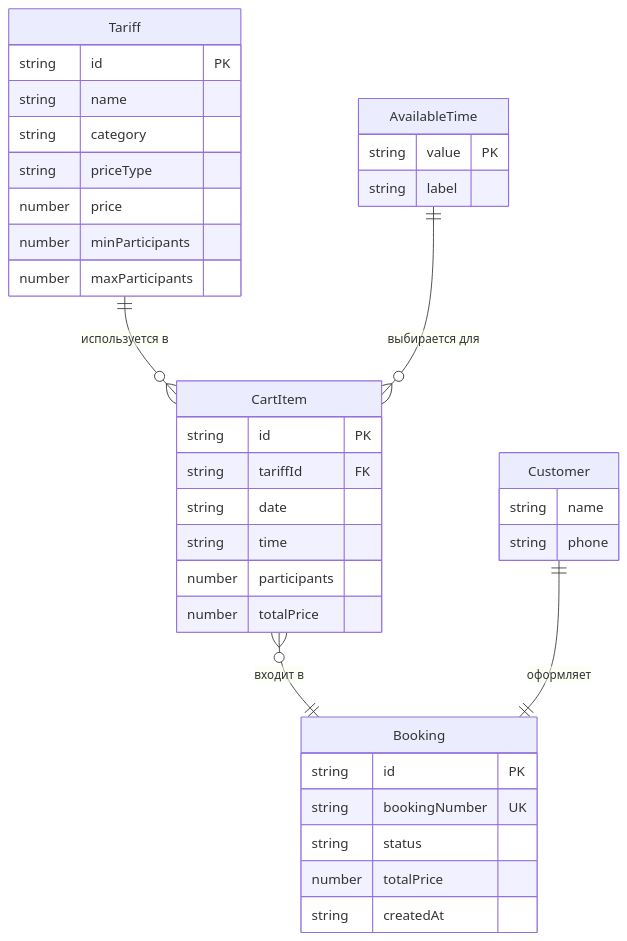
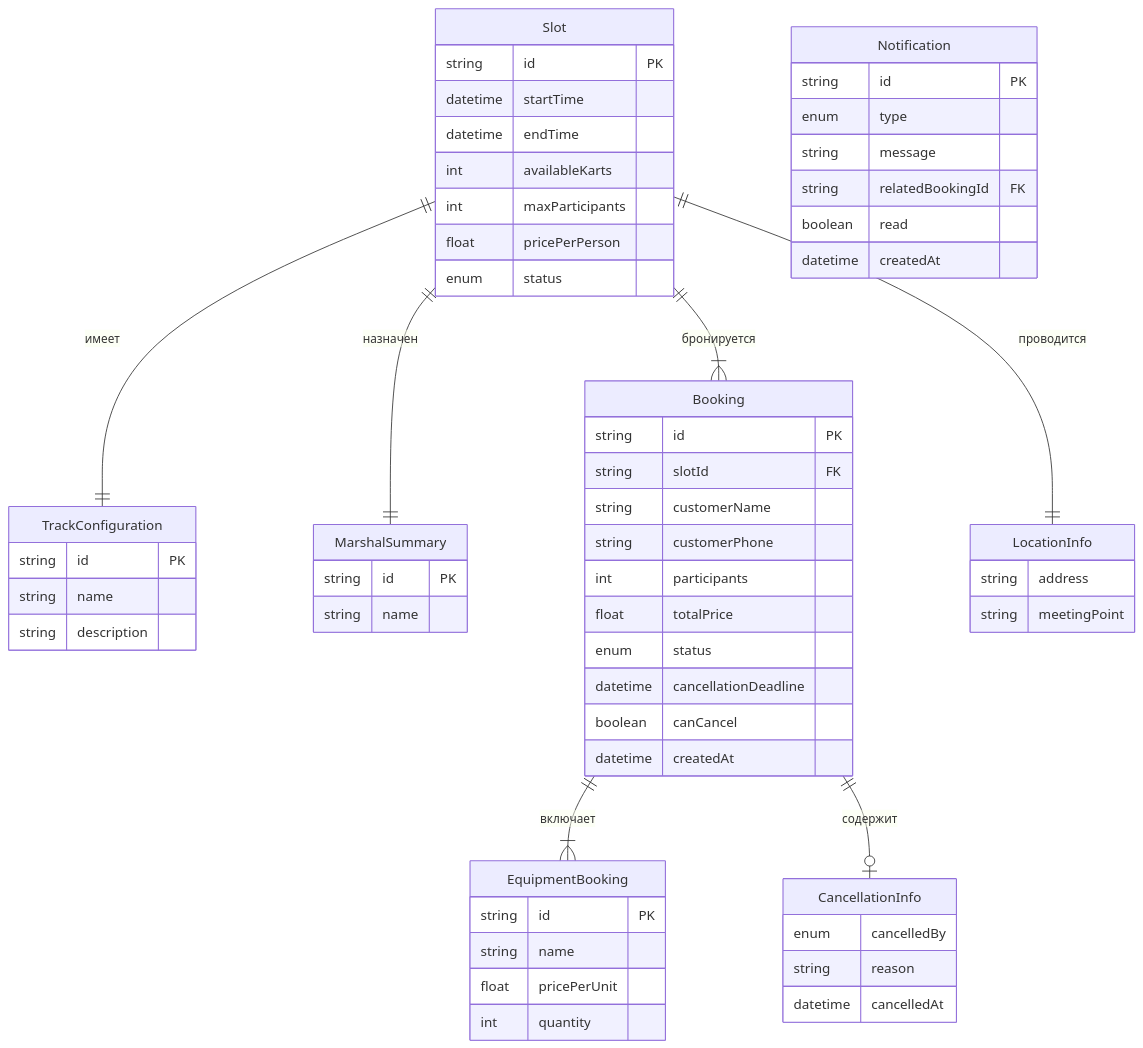
One commit to Terehov380/karting-apex changed the diagram in docs/03-data-model.md. Above: the diagram before and after it, drawn with Mermaid. The commit also changed other lines of this file and 6 other files, not shown here.

````diff
--- a/docs/03-data-model.md
+++ b/docs/03-data-model.md
@@ -13,44 +13,70 @@
 ```mermaid
 erDiagram
-    Tariff ||--o{ CartItem : "используется в"
-    AvailableTime ||--o{ CartItem : "выбирается для"
-    CartItem }o--|| Booking : "входит в"
-    Customer ||--|| Booking : "оформляет"
+    Slot ||--|| TrackConfiguration : "имеет"
+    Slot ||--|| MarshalSummary : "назначен"
+    Slot ||--|{ Booking : "бронируется"
+    Booking ||--|{ EquipmentBooking : "включает"
+    Booking ||--o| CancellationInfo : "содержит"
+    Slot ||--|| LocationInfo : "проводится"
 
-    Tariff {
+    Slot {
+        string id PK
+        datetime startTime
+        datetime endTime
+        int availableKarts
+        int maxParticipants
+        float pricePerPerson
+        enum status
+    }
+
+    TrackConfiguration {
         string id PK
         string name
-        string category
-        string priceType
-        number price
-        number minParticipants
-        number maxParticipants
+        string description
     }
 
-    AvailableTime {
-        string value PK
-        string label
+    MarshalSummary {
+        string id PK
+        string name
     }
 
-    CartItem {
-        string id PK
-        string tariffId FK
-        string date
-        string time
-        number participants
-        number totalPrice
-    }
-
-    Customer {
-        string name
-        string phone
+    LocationInfo {
+        string address
+        string meetingPoint
     }
 
     Booking {
         string id PK
-        string bookingNumber UK
-        string status
-        number totalPrice
-        string createdAt
+        string slotId FK
+        string customerName
+        string customerPhone
+        int participants
+        float totalPrice
+        enum status
+        datetime cancellationDeadline
+        boolean canCancel
+        datetime createdAt
+    }
+
+    EquipmentBooking {
+        string id PK
+        string name
+        float pricePerUnit
+        int quantity
+    }
+
+    CancellationInfo {
+        enum cancelledBy
+        string reason
+        datetime cancelledAt
+    }
+
+    Notification {
+        string id PK
+        enum type
+        string message
+        string relatedBookingId FK
+        boolean read
+        datetime createdAt
     }
 ```
````
